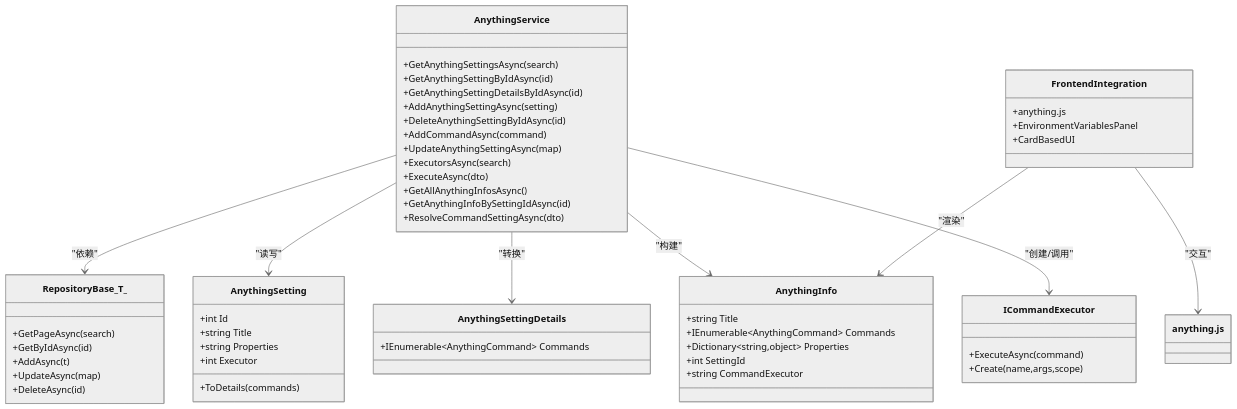
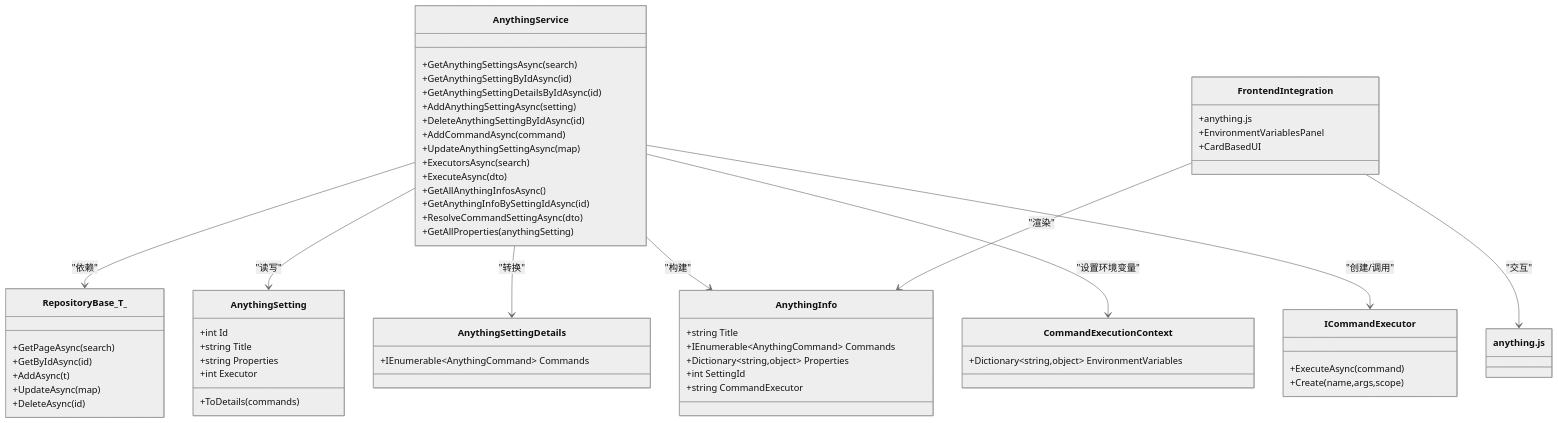
The second of 8 diagrams in .qoder/repowiki/zh/content/远程主机管理模块/AnythingService 核心功能.md (Sosososolong/AirGo), drawn with Mermaid (neutral theme) before and after one commit. The commit also changed other lines of this file and 7 other files, not shown here.

````diff
--- a/.qoder/repowiki/zh/content/远程主机管理模块/AnythingService 核心功能.md
+++ b/.qoder/repowiki/zh/content/远程主机管理模块/AnythingService 核心功能.md
@@ -130,57 +147,62 @@
 ```mermaid
 classDiagram
 class AnythingService {
 +GetAnythingSettingsAsync(search)
 +GetAnythingSettingByIdAsync(id)
 +GetAnythingSettingDetailsByIdAsync(id)
 +AddAnythingSettingAsync(setting)
 +DeleteAnythingSettingByIdAsync(id)
 +AddCommandAsync(command)
 +UpdateAnythingSettingAsync(map)
 +ExecutorsAsync(search)
 +ExecuteAsync(dto)
 +GetAllAnythingInfosAsync()
 +GetAnythingInfoBySettingIdAsync(id)
 +ResolveCommandSettingAsync(dto)
++GetAllProperties(anythingSetting)
 }
 class AnythingSetting {
 +int Id
 +string Title
 +string Properties
 +int Executor
 +ToDetails(commands)
 }
 class AnythingSettingDetails {
 +IEnumerable~AnythingCommand~ Commands
 }
 class AnythingInfo {
 +string Title
 +IEnumerable~AnythingCommand~ Commands
 +Dictionary~string,object~ Properties
 +int SettingId
 +string CommandExecutor
+}
+class CommandExecutionContext {
++Dictionary~string,object~ EnvironmentVariables
 }
 class RepositoryBase_T_ {
 +GetPageAsync(search)
 +GetByIdAsync(id)
 +AddAsync(t)
 +UpdateAsync(map)
 +DeleteAsync(id)
 }
 class ICommandExecutor {
 +ExecuteAsync(command)
 +Create(name,args,scope)
 }
 class FrontendIntegration {
 +anything.js
 +EnvironmentVariablesPanel
 +CardBasedUI
 }
 AnythingService --> RepositoryBase_T_ : "依赖"
 AnythingService --> AnythingSetting : "读写"
 AnythingService --> AnythingSettingDetails : "转换"
 AnythingService --> AnythingInfo : "构建"
+AnythingService --> CommandExecutionContext : "设置环境变量"
 AnythingService --> ICommandExecutor : "创建/调用"
 FrontendIntegration --> AnythingInfo : "渲染"
 FrontendIntegration --> anything.js : "交互"
 ```
````
